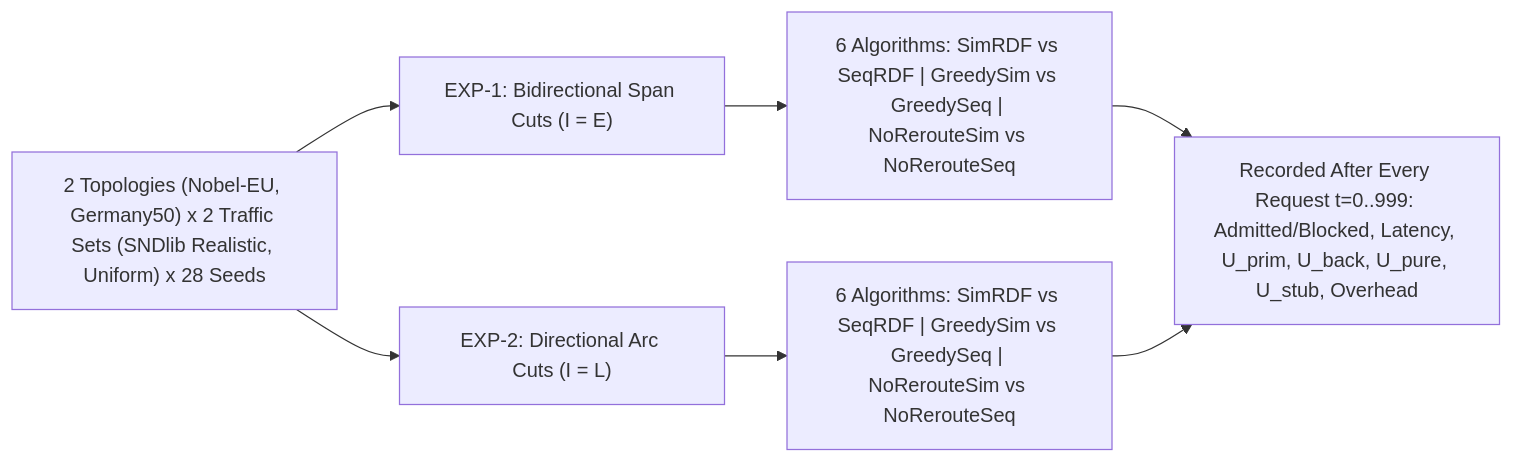
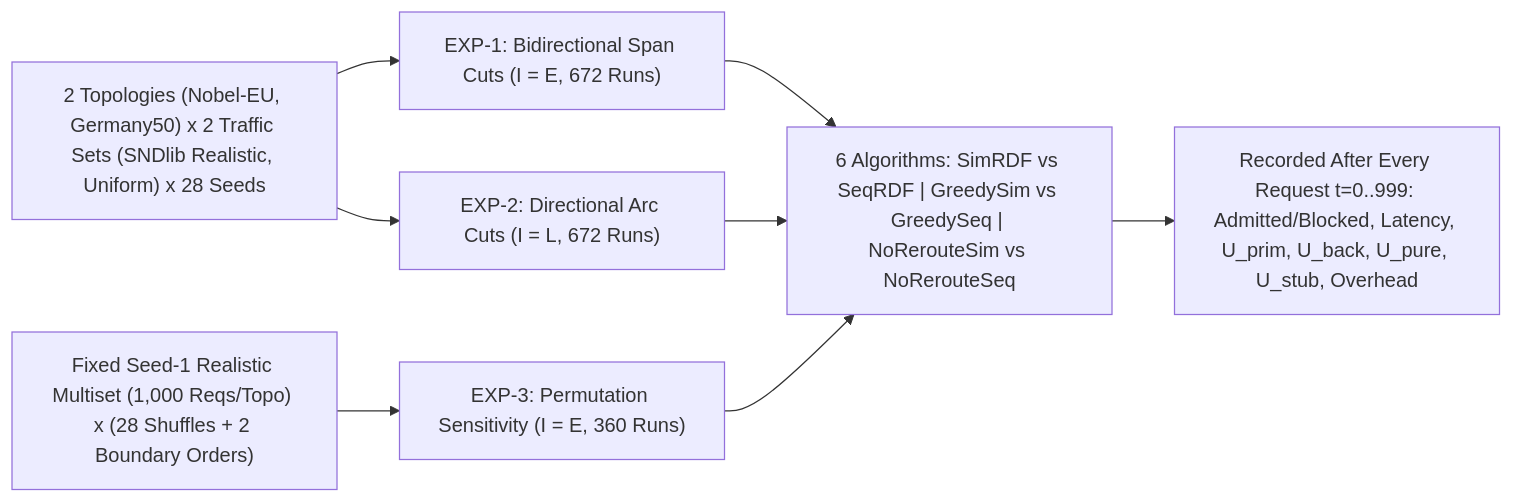
Before and after one commit to tuasananh/ToN: the diagram in EXPERIMENTS.md, drawn with Mermaid. The commit also changed other lines of this file and 7 other files, not shown here.

````diff
--- a/EXPERIMENTS.md
+++ b/EXPERIMENTS.md
@@ -60,9 +61,10 @@
 ```mermaid
 flowchart LR
-    Datasets["2 Topologies (Nobel-EU, Germany50) x 2 Traffic Sets (SNDlib Realistic, Uniform) x 28 Seeds"] --> EXP1["EXP-1: Bidirectional Span Cuts (I = E)"]
-    Datasets --> EXP2["EXP-2: Directional Arc Cuts (I = L)"]
-    EXP1 --> Grid1["6 Algorithms: SimRDF vs SeqRDF | GreedySim vs GreedySeq | NoRerouteSim vs NoRerouteSeq"]
-    EXP2 --> Grid2["6 Algorithms: SimRDF vs SeqRDF | GreedySim vs GreedySeq | NoRerouteSim vs NoRerouteSeq"]
-    Grid1 --> Metrics["Recorded After Every Request t=0..999: Admitted/Blocked, Latency, U_prim, U_back, U_pure, U_stub, Overhead"]
-    Grid2 --> Metrics
+    Datasets["2 Topologies (Nobel-EU, Germany50) x 2 Traffic Sets (SNDlib Realistic, Uniform) x 28 Seeds"] --> EXP1["EXP-1: Bidirectional Span Cuts (I = E, 672 Runs)"]
+    Datasets --> EXP2["EXP-2: Directional Arc Cuts (I = L, 672 Runs)"]
+    FixedSet["Fixed Seed-1 Realistic Multiset (1,000 Reqs/Topo) x (28 Shuffles + 2 Boundary Orders)"] --> EXP3["EXP-3: Permutation Sensitivity (I = E, 360 Runs)"]
+    EXP1 --> Grid["6 Algorithms: SimRDF vs SeqRDF | GreedySim vs GreedySeq | NoRerouteSim vs NoRerouteSeq"]
+    EXP2 --> Grid
+    EXP3 --> Grid
+    Grid --> Metrics["Recorded After Every Request t=0..999: Admitted/Blocked, Latency, U_prim, U_back, U_pure, U_stub, Overhead"]
 ```
````
